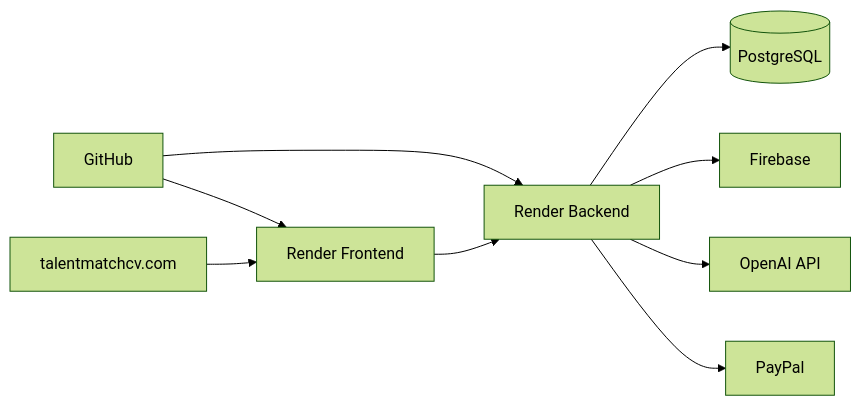
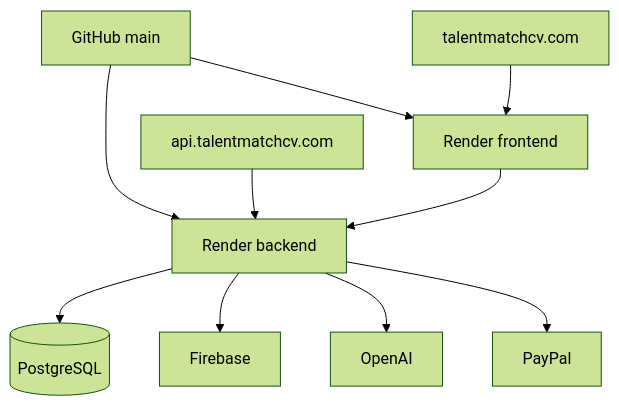
Before and after one commit to dejanjovic1283-ui/talentmatch-pro: the second of 3 diagrams in docs/architecture/architecture.md, drawn with Mermaid (forest theme). The commit also changed other lines of this file and 24 other files, not shown here.

````diff
--- a/docs/architecture/architecture.md
+++ b/docs/architecture/architecture.md
@@ -18,11 +18,12 @@
 ```mermaid
-flowchart LR
-    GH[GitHub] --> RF[Render Frontend]
-    GH --> RB[Render Backend]
-    D[talentmatchcv.com] --> RF
+flowchart TD
+    GH["GitHub main"] --> RF["Render frontend"]
+    GH --> RB["Render backend"]
+    DOMAIN["talentmatchcv.com"] --> RF
+    API_DOMAIN["api.talentmatchcv.com"] --> RB
     RF --> RB
-    RB --> PG[(PostgreSQL)]
-    RB --> Firebase[Firebase]
-    RB --> OpenAI[OpenAI API]
-    RB --> PayPal[PayPal]
+    RB --> PG[("PostgreSQL")]
+    RB --> FIREBASE["Firebase"]
+    RB --> OPENAI["OpenAI"]
+    RB --> PAYPAL["PayPal"]
 ```
````
